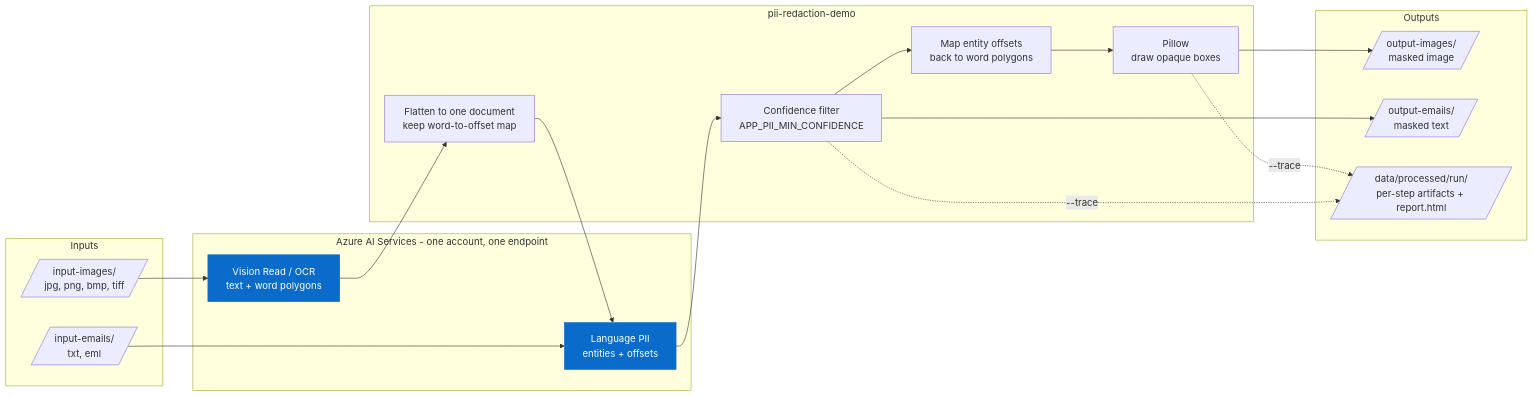
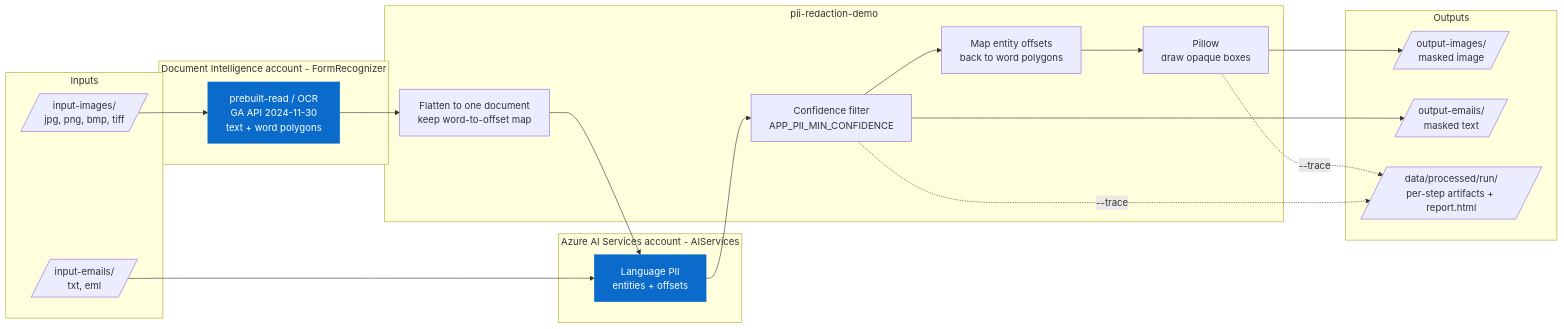
The first of 3 diagrams in docs/architecture.md (vinodpatil-ms/pii-redaction-demo), drawn with Mermaid before and after one commit. The commit also changed other lines of this file and 16 other files, not shown here.

First line of the commit message:
Migrate OCR to Document Intelligence and retain Vision reference

````diff
--- a/docs/architecture.md
+++ b/docs/architecture.md
@@ -9,36 +9,39 @@
 ```mermaid
 flowchart LR
     subgraph inputs [Inputs]
         IMG[/"input-images/<br/>jpg, png, bmp, tiff"/]
         EML[/"input-emails/<br/>txt, eml"/]
     end
 
-    subgraph azure ["Azure AI Services - one account, one endpoint"]
-        VISION["Vision Read / OCR<br/>text + word polygons"]
+    subgraph ocr ["Document Intelligence account - FormRecognizer"]
+        READ["prebuilt-read / OCR<br/>GA API 2024-11-30<br/>text + word polygons"]
+    end
+
+    subgraph azure ["Azure AI Services account - AIServices"]
         LANG["Language PII<br/>entities + offsets"]
     end
 
     subgraph app [pii-redaction-demo]
         FLATTEN["Flatten to one document<br/>keep word-to-offset map"]
         THRESH["Confidence filter<br/>APP_PII_MIN_CONFIDENCE"]
         MAP["Map entity offsets<br/>back to word polygons"]
         MASK["Pillow<br/>draw opaque boxes"]
     end
 
     subgraph outputs [Outputs]
         OIMG[/"output-images/<br/>masked image"/]
         OEML[/"output-emails/<br/>masked text"/]
         TRACE[/"data/processed/run/<br/>per-step artifacts + report.html"/]
     end
 
-    IMG --> VISION --> FLATTEN --> LANG
+    IMG --> READ --> FLATTEN --> LANG
     EML --> LANG
     LANG --> THRESH
     THRESH --> MAP --> MASK --> OIMG
     THRESH --> OEML
     MASK -.->|--trace| TRACE
     THRESH -.->|--trace| TRACE
 
     classDef svc fill:#0b6bcb,stroke:#0b6bcb,color:#fff;
-    class VISION,LANG svc;
+    class READ,LANG svc;
 ```
````
